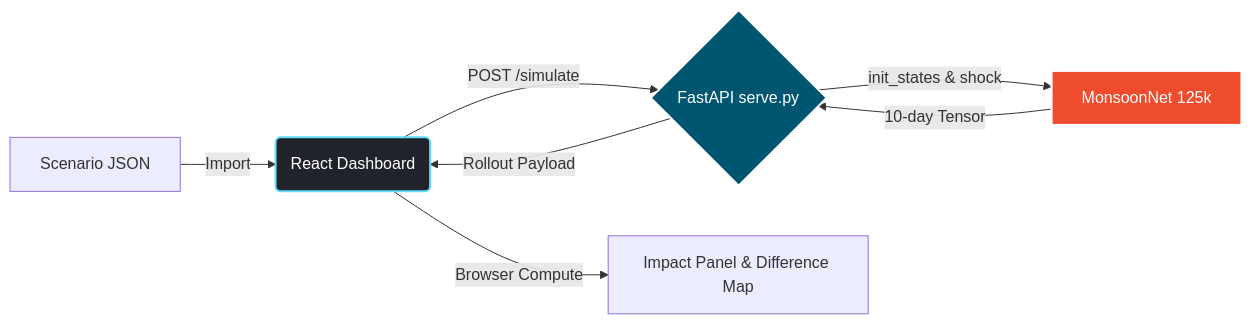
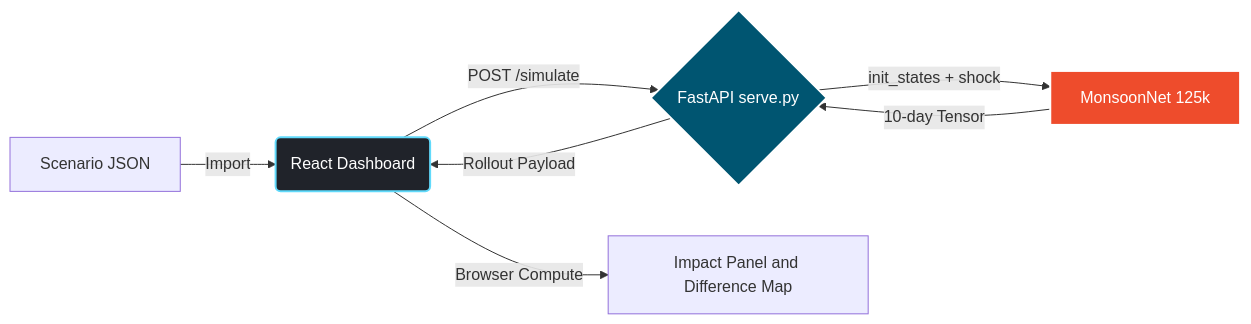
One commit to Abhishekgit01/Vaayu changed the first of 2 diagrams in README.md. Above: the diagram before and after it, drawn with Mermaid. The commit also changed other lines of this file, not shown here.

Commit message:
Fix Mermaid diagram syntax for GitHub rendering

````diff
--- a/README.md
+++ b/README.md
@@ -19,13 +19,13 @@
 ```mermaid
-graph LR
-    A[Scenario JSON] -->|Import| B(React Dashboard)
-    B -->|POST /simulate| C{FastAPI serve.py}
-    C -->|init_states & shock| D[MonsoonNet 125k]
-    D -->|10-day Tensor| C
-    C -->|Rollout Payload| B
-    B -->|Browser Compute| E[Impact Panel & Difference Map]
+flowchart LR
+    S1["Scenario JSON"] -->|Import| UI("React Dashboard")
+    UI -->|POST /simulate| API{"FastAPI serve.py"}
+    API -->|init_states + shock| NET["MonsoonNet 125k"]
+    NET -->|10-day Tensor| API
+    API -->|Rollout Payload| UI
+    UI -->|Browser Compute| IMP["Impact Panel and Difference Map"]
 
-    style B fill:#20232A,stroke:#61DAFB,stroke-width:2px,color:#fff
-    style C fill:#005571,stroke:#fff,stroke-width:2px,color:#fff
-    style D fill:#EE4C2C,stroke:#fff,stroke-width:2px,color:#fff
+    style UI fill:#20232A,stroke:#61DAFB,stroke-width:2px,color:#ffffff
+    style API fill:#005571,stroke:#ffffff,stroke-width:2px,color:#ffffff
+    style NET fill:#EE4C2C,stroke:#ffffff,stroke-width:2px,color:#ffffff
 ```
````
